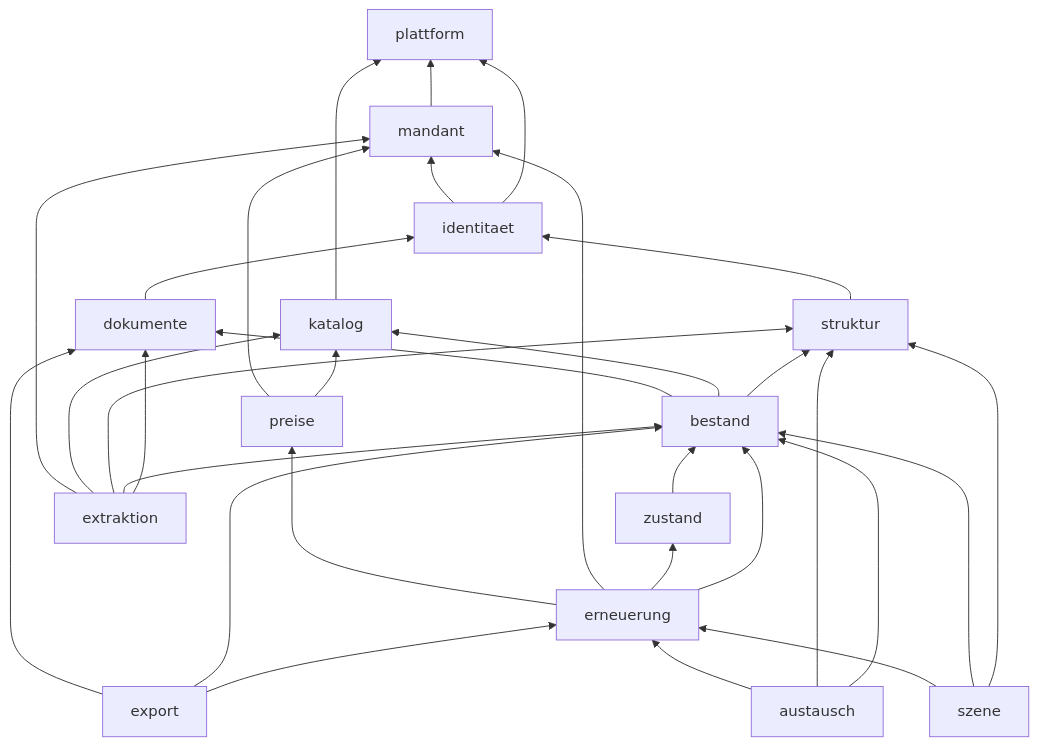
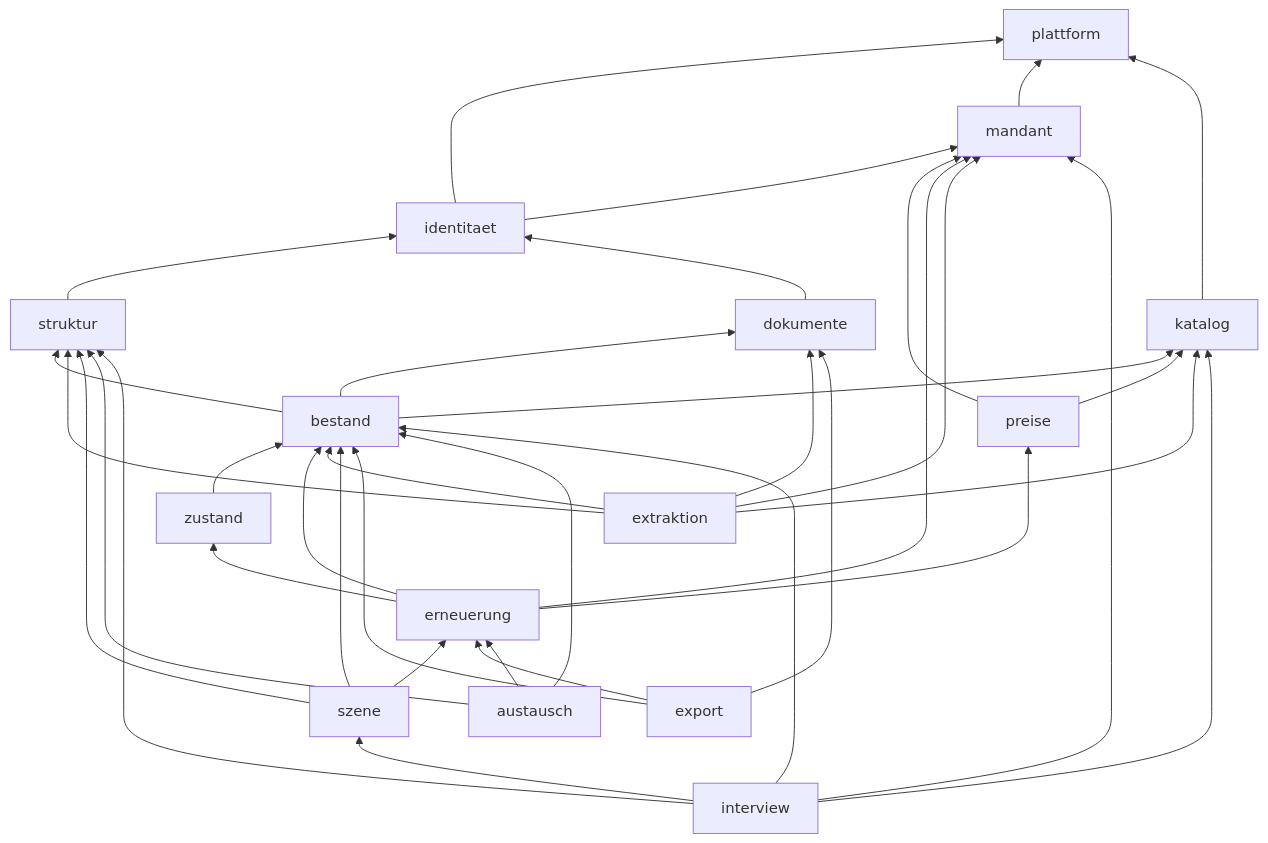
Before and after one commit to mattarge04-gif/Planora: the diagram in docs/architektur/bmad/planning-artifacts/architecture/architecture-Planora-2026-11-08/ARCHITECTURE-SPINE.md, drawn with Mermaid. The commit also changed other lines of this file and 7 other files, not shown here.

````diff
--- a/docs/architektur/bmad/planning-artifacts/architecture/architecture-Planora-2026-11-08/ARCHITECTURE-SPINE.md
+++ b/docs/architektur/bmad/planning-artifacts/architecture/architecture-Planora-2026-11-08/ARCHITECTURE-SPINE.md
@@ -22,34 +22,39 @@
 ```mermaid
 flowchart BT
   plattform
   identitaet --> plattform
   mandant --> plattform
   identitaet --> mandant
   katalog --> plattform
   struktur --> identitaet
   dokumente --> identitaet
   bestand --> struktur
   bestand --> katalog
   bestand --> dokumente
   zustand --> bestand
   preise --> katalog
   preise --> mandant
   erneuerung --> bestand
   erneuerung --> zustand
   erneuerung --> mandant
   erneuerung --> preise
   extraktion --> dokumente
   extraktion --> bestand
   extraktion --> struktur
   extraktion --> katalog
   extraktion --> mandant
   szene --> struktur
   szene --> bestand
   szene --> erneuerung
   export --> erneuerung
   export --> bestand
   export --> dokumente
   austausch --> bestand
   austausch --> struktur
   austausch --> erneuerung
+  interview --> struktur
+  interview --> bestand
+  interview --> katalog
+  interview --> mandant
+  interview --> szene
 ```
````
